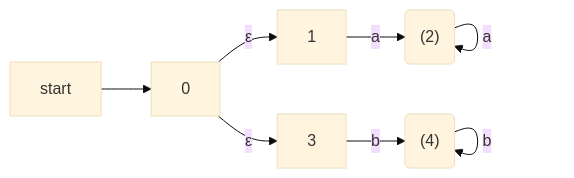
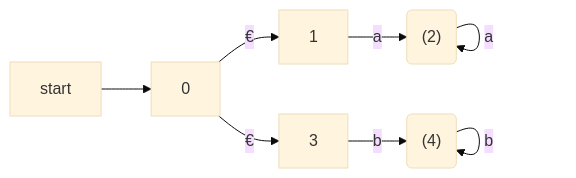
One commit to xp44mm/Notebook changed the second of 16 diagrams in Compilers/Chapter 3 Lexical Analysis.md. Above: the diagram before and after it, drawn with Mermaid (base theme). The commit also changed other lines of this file and 4 other files, not shown here.

````diff
--- a/Compilers/Chapter 3 Lexical Analysis.md
+++ b/Compilers/Chapter 3 Lexical Analysis.md
@@ -497,10 +497,10 @@
 ```mermaid
 graph LR
 start-->0
-0--ε-->1
+0--€-->1
 1--a-->2("(2)")
 2--a-->2
-0--ε-->3
+0--€-->3
 3--b-->4("(4)")
 4--b-->4
 ```
````
